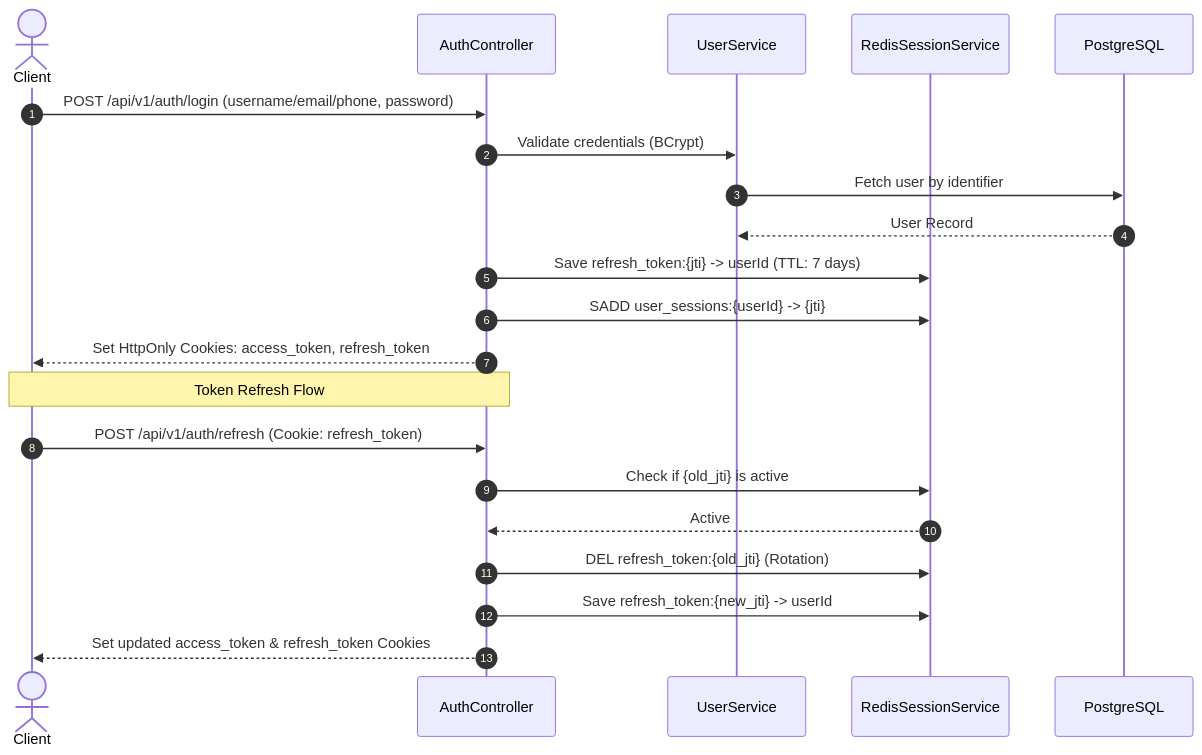
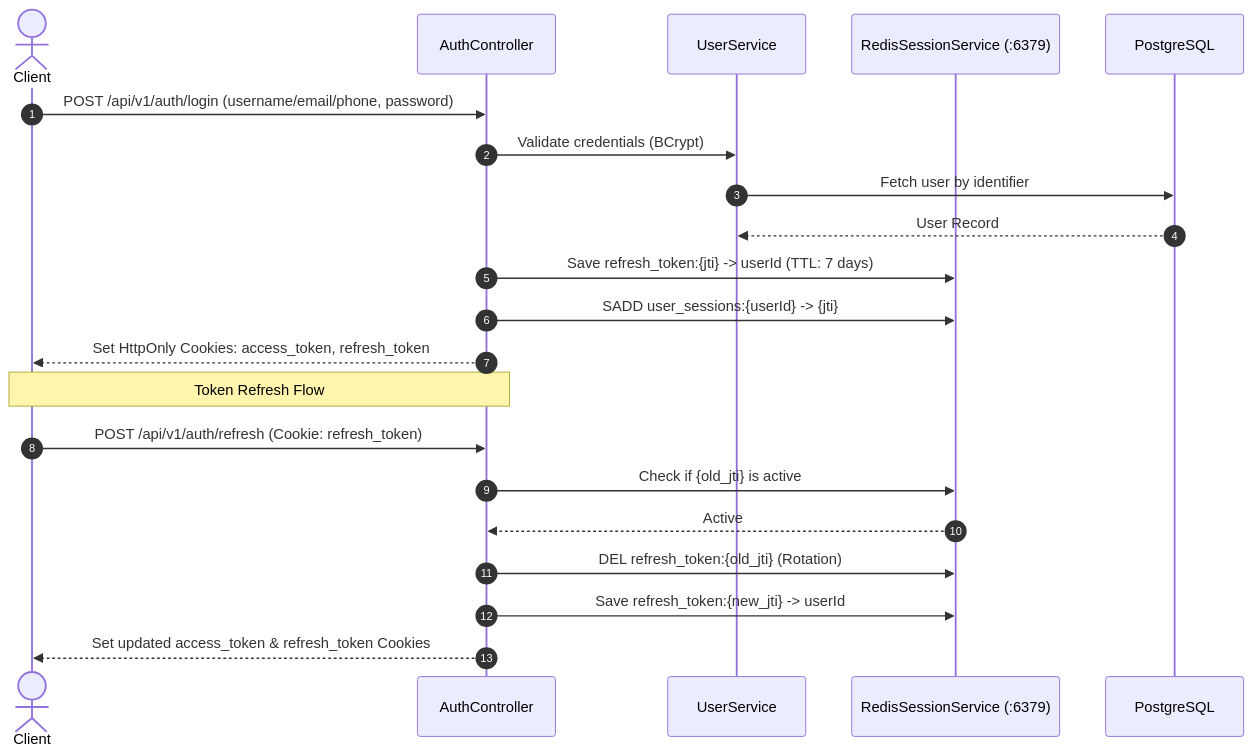
The first of 4 diagrams in README.md (saivamshi07/UserService), drawn with Mermaid before and after one commit. The commit also changed other lines of this file and 14 other files, not shown here.

````diff
--- a/README.md
+++ b/README.md
@@ -124,25 +119,25 @@
 ```mermaid
 sequenceDiagram
     autonumber
     actor Client
     participant Auth as AuthController
     participant UserSvc as UserService
-    participant Redis as RedisSessionService
+    participant Redis as RedisSessionService (:6379)
     participant DB as PostgreSQL
 
     Client->>Auth: POST /api/v1/auth/login (username/email/phone, password)
     Auth->>UserSvc: Validate credentials (BCrypt)
     UserSvc->>DB: Fetch user by identifier
     DB-->>UserSvc: User Record
     Auth->>Redis: Save refresh_token:{jti} -> userId (TTL: 7 days)
     Auth->>Redis: SADD user_sessions:{userId} -> {jti}
     Auth-->>Client: Set HttpOnly Cookies: access_token, refresh_token
 
     Note over Client,Auth: Token Refresh Flow
     Client->>Auth: POST /api/v1/auth/refresh (Cookie: refresh_token)
     Auth->>Redis: Check if {old_jti} is active
     Redis-->>Auth: Active
     Auth->>Redis: DEL refresh_token:{old_jti} (Rotation)
     Auth->>Redis: Save refresh_token:{new_jti} -> userId
     Auth-->>Client: Set updated access_token & refresh_token Cookies
 ```
````
